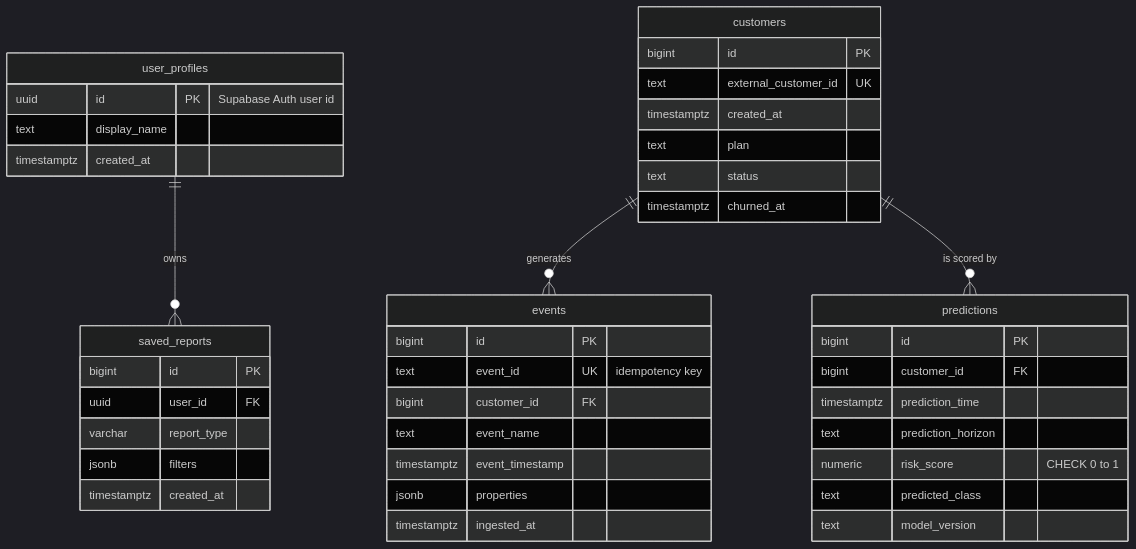
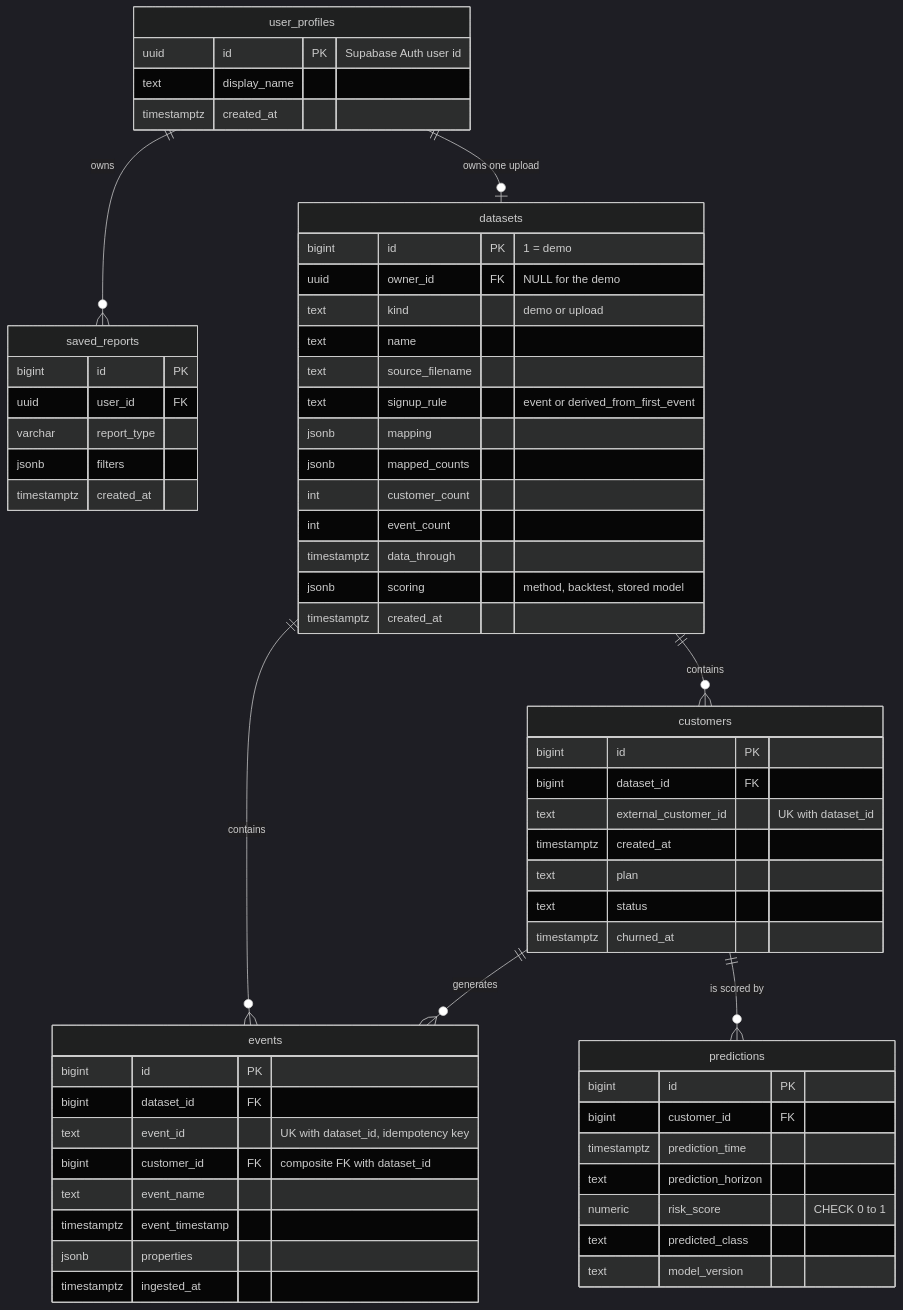
The diagram in docs/05-data-model.md (yashdiwan12/Churnscope), drawn with Mermaid (dark theme) before and after one commit. The commit also changed other lines of this file and 16 other files, not shown here.

````diff
--- a/docs/05-data-model.md
+++ b/docs/05-data-model.md
@@ -16,45 +16,65 @@
 ```mermaid
 erDiagram
     user_profiles ||--o{ saved_reports : owns
+    user_profiles ||--o| datasets : "owns one upload"
+    datasets ||--o{ customers : contains
+    datasets ||--o{ events : contains
     customers ||--o{ events : generates
     customers ||--o{ predictions : "is scored by"
 
+    datasets {
+        bigint id PK "1 = demo"
+        uuid owner_id FK "NULL for the demo"
+        text kind "demo or upload"
+        text name
+        text source_filename
+        text signup_rule "event or derived_from_first_event"
+        jsonb mapping
+        jsonb mapped_counts
+        int customer_count
+        int event_count
+        timestamptz data_through
+        jsonb scoring "method, backtest, stored model"
+        timestamptz created_at
+    }
     customers {
         bigint id PK
-        text external_customer_id UK
+        bigint dataset_id FK
+        text external_customer_id "UK with dataset_id"
         timestamptz created_at
         text plan
         text status
         timestamptz churned_at
     }
     events {
         bigint id PK
-        text event_id UK "idempotency key"
-        bigint customer_id FK
+        bigint dataset_id FK
+        text event_id "UK with dataset_id, idempotency key"
+        bigint customer_id FK "composite FK with dataset_id"
         text event_name
         timestamptz event_timestamp
         jsonb properties
         timestamptz ingested_at
     }
     predictions {
         bigint id PK
         bigint customer_id FK
         timestamptz prediction_time
         text prediction_horizon
         numeric risk_score "CHECK 0 to 1"
         text predicted_class
         text model_version
     }
     user_profiles {
         uuid id PK "Supabase Auth user id"
         text display_name
         timestamptz created_at
     }
     saved_reports {
         bigint id PK
         uuid user_id FK
         varchar report_type
         jsonb filters
         timestamptz created_at
     }
 ```
````
